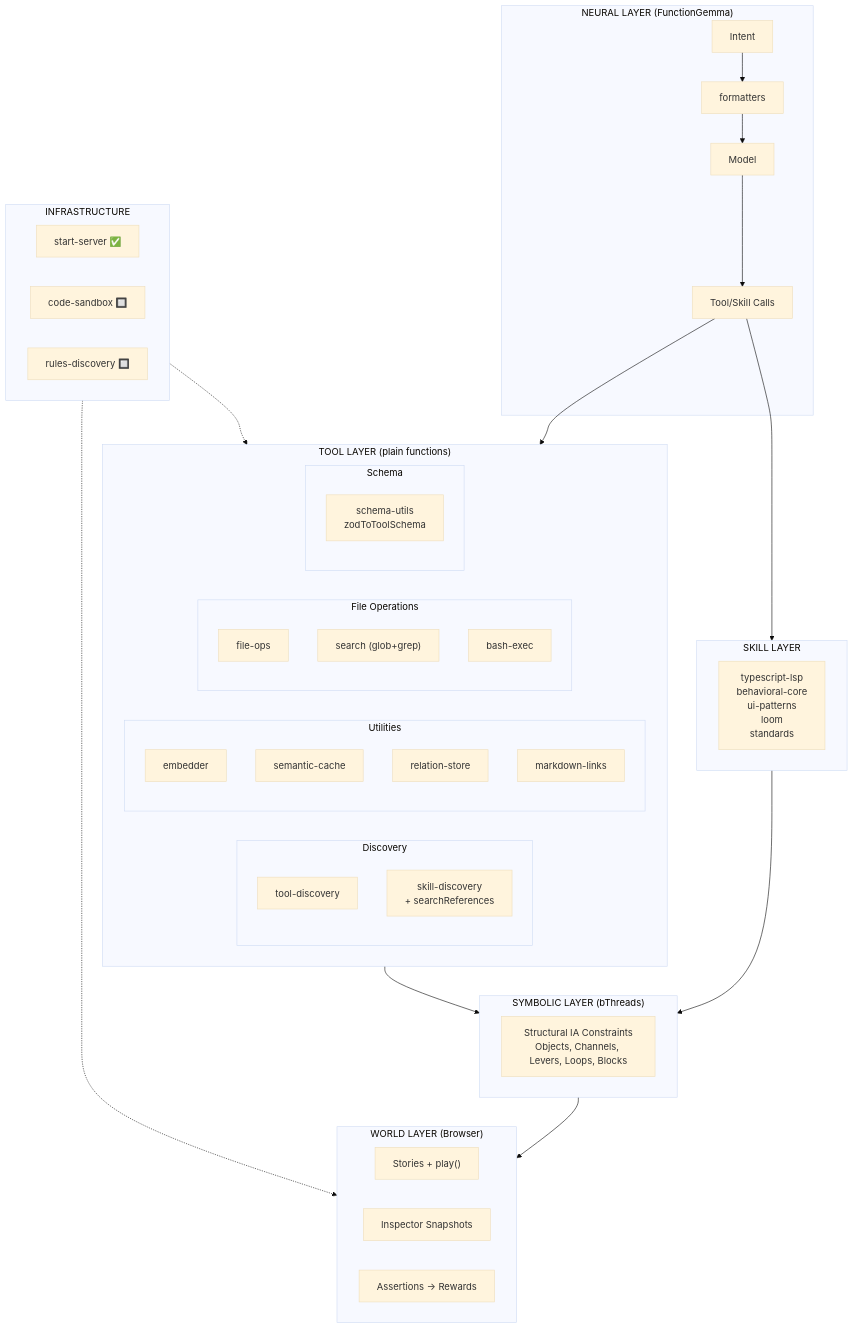
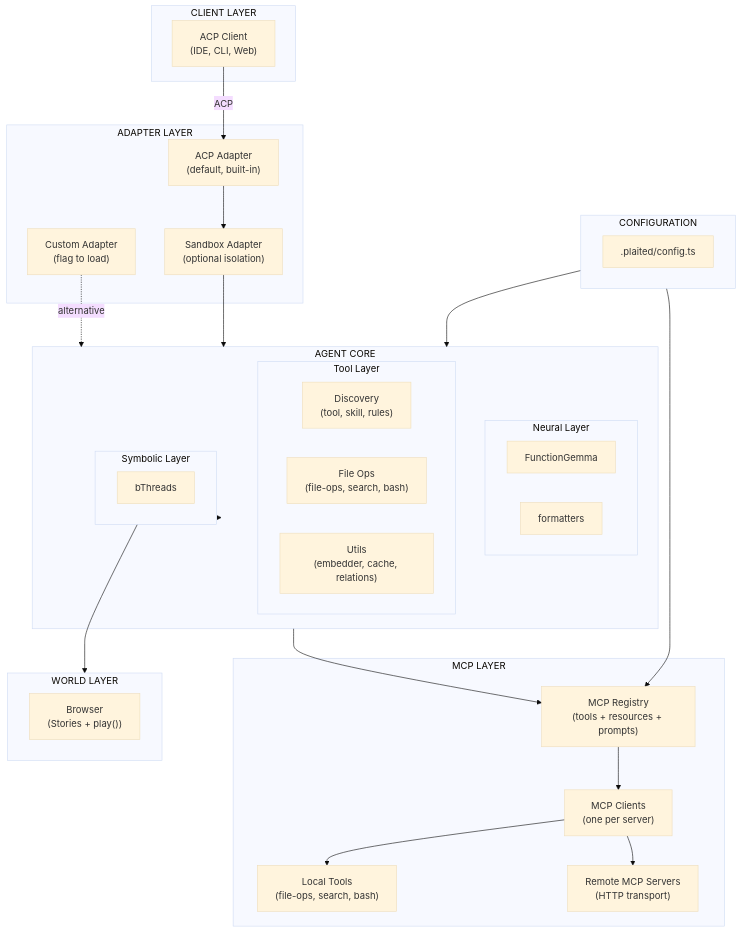
Before and after one commit to plaited/plaited: the first of 4 diagrams in PLAITED-AGENT-PLAN.md, drawn with Mermaid (base theme). The commit also changed other lines of this file and 6 other files, not shown here.

````diff
--- a/PLAITED-AGENT-PLAN.md
+++ b/PLAITED-AGENT-PLAN.md
@@ -14,62 +16,56 @@
 ```mermaid
 flowchart TB
-    subgraph Neural["NEURAL LAYER (FunctionGemma)"]
-        Intent["Intent"]
-        Formatters["formatters"]
-        Model["Model"]
-        Calls["Tool/Skill Calls"]
-        Intent --> Formatters --> Model --> Calls
+    subgraph Config["CONFIGURATION"]
+        ConfigFile[".plaited/config.ts"]
     end
 
-    subgraph Tool["TOOL LAYER (plain functions)"]
-        subgraph Discovery["Discovery"]
-            ToolDisc["tool-discovery"]
-            SkillDisc["skill-discovery<br/>+ searchReferences"]
+    subgraph Client["CLIENT LAYER"]
+        ACPClient["ACP Client<br/>(IDE, CLI, Web)"]
+    end
+
+    subgraph Adapters["ADAPTER LAYER"]
+        ACPAdapter["ACP Adapter<br/>(default, built-in)"]
+        SandboxAdapter["Sandbox Adapter<br/>(optional isolation)"]
+        CustomAdapter["Custom Adapter<br/>(flag to load)"]
+    end
+
+    subgraph Agent["AGENT CORE"]
+        subgraph Neural["Neural Layer"]
+            Model["FunctionGemma"]
+            Formatters["formatters"]
         end
 
-        subgraph Utils["Utilities"]
-            Embedder["embedder"]
-            Cache["semantic-cache"]
-            Relations["relation-store"]
-            MdLinks["markdown-links"]
+        subgraph Tool["Tool Layer"]
+            Discovery["Discovery<br/>(tool, skill, rules)"]
+            FileTools["File Ops<br/>(file-ops, search, bash)"]
+            Utils["Utils<br/>(embedder, cache, relations)"]
         end
 
-        subgraph FileTools["File Operations"]
-            FileOps["file-ops"]
-            Search["search (glob+grep)"]
-            BashExec["bash-exec"]
-        end
-
-        subgraph Schema["Schema"]
-            SchemaUtils["schema-utils<br/>zodToToolSchema"]
+        subgraph Symbolic["Symbolic Layer"]
+            BThreads["bThreads"]
         end
     end
 
-    subgraph Skill["SKILL LAYER"]
-        Skills["typescript-lsp<br/>behavioral-core<br/>ui-patterns<br/>loom<br/>standards"]
+    subgraph MCP["MCP LAYER"]
+        MCPRegistry["MCP Registry<br/>(tools + resources + prompts)"]
+        MCPClients["MCP Clients<br/>(one per server)"]
+        LocalMCP["Local Tools<br/>(file-ops, search, bash)"]
+        RemoteMCP["Remote MCP Servers<br/>(HTTP transport)"]
     end
 
-    subgraph Symbolic["SYMBOLIC LAYER (bThreads)"]
-        Constraints["Structural IA Constraints<br/>Objects, Channels, Levers, Loops, Blocks"]
+    subgraph World["WORLD LAYER"]
+        Browser["Browser<br/>(Stories + play())"]
     end
 
-    subgraph World["WORLD LAYER (Browser)"]
-        Stories["Stories + play()"]
-        Inspector["Inspector Snapshots"]
-        Assertions["Assertions → Rewards"]
-    end
-
-    subgraph Infra["INFRASTRUCTURE"]
-        StartServer["start-server ✅"]
-        Sandbox["code-sandbox 🔲"]
-        RulesDisc["rules-discovery 🔲"]
-    end
-
-    Calls --> Tool
-    Calls --> Skill
-    Tool --> Symbolic
-    Skill --> Symbolic
-    Symbolic --> World
-    Infra -.-> World
-    Infra -.-> Tool
+    Config --> Agent
+    Config --> MCPRegistry
+    ACPClient -->|"ACP"| ACPAdapter
+    ACPAdapter --> SandboxAdapter
+    SandboxAdapter --> Agent
+    CustomAdapter -.->|"alternative"| Agent
+    Agent --> MCPRegistry
+    MCPRegistry --> MCPClients
+    MCPClients --> LocalMCP
+    MCPClients --> RemoteMCP
+    Agent --> Symbolic --> World
 ```
````
